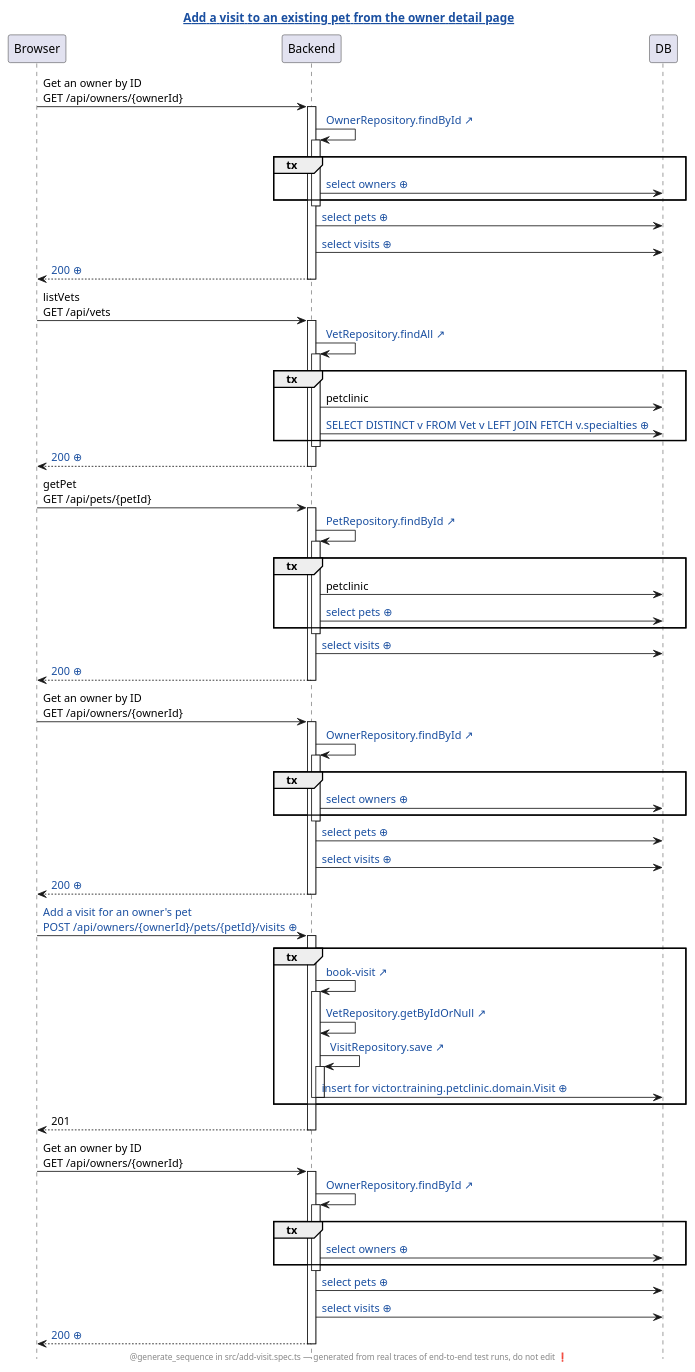
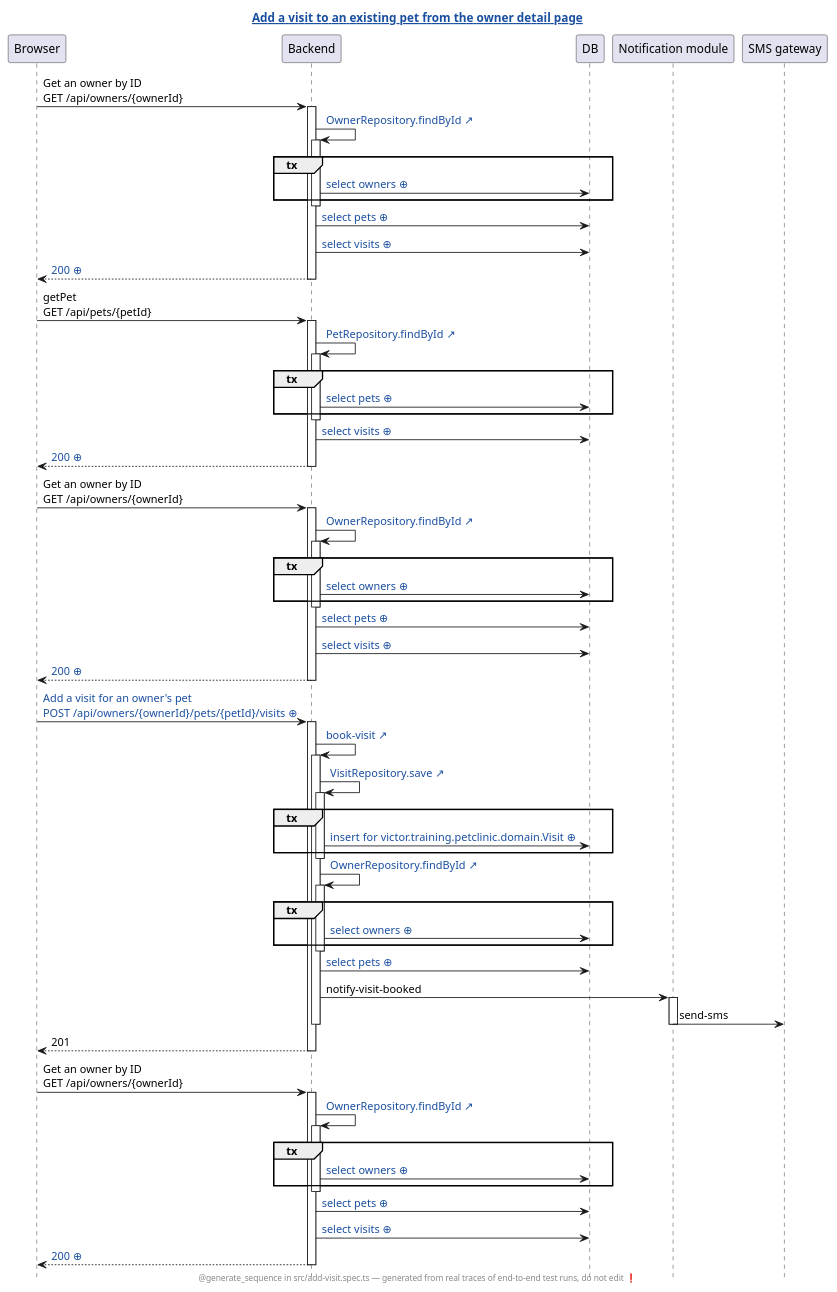
One commit to kashann/petclinic changed the diagram in petclinic-test/generated/add-visit.spec.ts.add-a-visit-to-an-existing-pet-from-the-owner-detail-page.genseq.puml. Above: the diagram before and after it, drawn with PlantUML. The commit also changed 14 other files, not shown here.

First line of the commit message:
Notification module, drawn as its own participant in the sequence diagrams

```diff
--- a/petclinic-test/generated/add-visit.spec.ts.add-a-visit-to-an-existing-pet-from-the-owner-detail-page.genseq.puml
+++ b/petclinic-test/generated/add-visit.spec.ts.add-a-visit-to-an-existing-pet-from-the-owner-detail-page.genseq.puml
@@ -1,84 +1,84 @@
 @startuml
 ' ⚠️  GENERATED FILE — DO NOT EDIT. Every edit is lost on the next run.
 hide footbox
 skinparam hyperlinkUnderline false
 skinparam hyperlinkColor #1A4FA0
-title [[src://petclinic-test/src/add-visit.spec.ts:35{Click to open the test} Add a visit to an existing pet from the owner detail page]]
+title [[src://petclinic-test/src/add-visit.spec.ts:31{Click to open the test} Add a visit to an existing pet from the owner detail page]]
 footer @generate_sequence in src/add-visit.spec.ts — generated from real traces of end-to-end test runs, do not edit ❗
 participant Browser
 participant Backend
 participant DB
+participant "Notification module"
+participant "SMS gateway"
 Browser -> Backend: Get an owner by ID\nGET /api/owners/{ownerId}
 activate Backend
 Backend -> Backend: [[src://petclinic-backend/src/main/java/victor/training/petclinic/repository/OwnerRepository.java:14{Click to open OwnerRepository.findById} OwnerRepository.findById ↗]]
 activate Backend
 group tx
-Backend -> DB: [[genseq://0totfe9{Click for the statement behind this call} select owners ⊕]]
+Backend -> DB: [[genseq://0x8aana{Click for the statement behind this call} select owners ⊕]]
 end
 deactivate Backend
-Backend -> DB: [[genseq://1hjadar{Click for the statement behind this call} select pets ⊕]]
-Backend -> DB: [[genseq://1bcshtp{Click for the statement behind this call} select visits ⊕]]
-Backend --> Browser: [[genseq://0ej9ixy{Click for this call’s JSON body} 200 ⊕]]
-deactivate Backend
-Browser -> Backend: listVets\nGET /api/vets
-activate Backend
-Backend -> Backend: [[src://petclinic-backend/src/main/java/victor/training/petclinic/repository/VetRepository.java:13{Click to open VetRepository.findAll} VetRepository.findAll ↗]]
-activate Backend
-group tx
-Backend -> DB: petclinic
-Backend -> DB: [[genseq://0p6yxbc{Click for the statement behind this call} SELECT DISTINCT v FROM Vet v LEFT JOIN FETCH v.specialties ⊕]]
-end
-deactivate Backend
-Backend --> Browser: [[genseq://1nmg2oo{Click for this call’s JSON body} 200 ⊕]]
+Backend -> DB: [[genseq://18567ho{Click for the statement behind this call} select pets ⊕]]
+Backend -> DB: [[genseq://13apewa{Click for the statement behind this call} select visits ⊕]]
+Backend --> Browser: [[genseq://0tvg3tn{Click for this call’s JSON body} 200 ⊕]]
 deactivate Backend
 Browser -> Backend: getPet\nGET /api/pets/{petId}
 activate Backend
 Backend -> Backend: [[src://petclinic-backend/src/main/java/victor/training/petclinic/repository/PetRepository.java:16{Click to open PetRepository.findById} PetRepository.findById ↗]]
 activate Backend
 group tx
-Backend -> DB: petclinic
-Backend -> DB: [[genseq://0jw0huv{Click for the statement behind this call} select pets ⊕]]
+Backend -> DB: [[genseq://0y7w2ps{Click for the statement behind this call} select pets ⊕]]
 end
 deactivate Backend
-Backend -> DB: [[genseq://1bcshtp{Click for the statement behind this call} select visits ⊕]]
-Backend --> Browser: [[genseq://042b6zc{Click for this call’s JSON body} 200 ⊕]]
+Backend -> DB: [[genseq://13apewa{Click for the statement behind this call} select visits ⊕]]
+Backend --> Browser: [[genseq://0ts0dcp{Click for this call’s JSON body} 200 ⊕]]
 deactivate Backend
 Browser -> Backend: Get an owner by ID\nGET /api/owners/{ownerId}
 activate Backend
 Backend -> Backend: [[src://petclinic-backend/src/main/java/victor/training/petclinic/repository/OwnerRepository.java:14{Click to open OwnerRepository.findById} OwnerRepository.findById ↗]]
 activate Backend
 group tx
-Backend -> DB: [[genseq://0totfe9{Click for the statement behind this call} select owners ⊕]]
+Backend -> DB: [[genseq://0x8aana{Click for the statement behind this call} select owners ⊕]]
 end
 deactivate Backend
-Backend -> DB: [[genseq://1hjadar{Click for the statement behind this call} select pets ⊕]]
-Backend -> DB: [[genseq://1bcshtp{Click for the statement behind this call} select visits ⊕]]
-Backend --> Browser: [[genseq://0ej9ixy{Click for this call’s JSON body} 200 ⊕]]
+Backend -> DB: [[genseq://18567ho{Click for the statement behind this call} select pets ⊕]]
+Backend -> DB: [[genseq://13apewa{Click for the statement behind this call} select visits ⊕]]
+Backend --> Browser: [[genseq://0tvg3tn{Click for this call’s JSON body} 200 ⊕]]
 deactivate Backend
-Browser -> Backend: [[genseq://0f2uid9{Click for this call’s JSON body} Add a visit for an owner's pet\nPOST /api/owners/{ownerId}/pets/{petId}/visits ⊕]]
+Browser -> Backend: [[genseq://0keywzn{Click for this call’s JSON body} Add a visit for an owner's pet\nPOST /api/owners/{ownerId}/pets/{petId}/visits ⊕]]
+activate Backend
+Backend -> Backend: [[src://petclinic-backend/src/main/java/victor/training/petclinic/rest/OwnerRestController.java:183{Click to open OwnerRestController.bookVisit} book-visit ↗]]
+activate Backend
+Backend -> Backend: [[src://petclinic-backend/src/main/java/victor/training/petclinic/repository/VisitRepository.java:14{Click to open VisitRepository.save} VisitRepository.save ↗]]
 activate Backend
 group tx
-Backend -> Backend: [[src://petclinic-backend/src/main/java/victor/training/petclinic/rest/OwnerRestController.java:193{Click to open OwnerRestController.bookVisit} book-visit ↗]]
+Backend -> DB: [[genseq://0tmot92{Click for the statement behind this call} insert for victor.training.petclinic.domain.Visit ⊕]]
+end
+deactivate Backend
+Backend -> Backend: [[src://petclinic-backend/src/main/java/victor/training/petclinic/repository/OwnerRepository.java:14{Click to open OwnerRepository.findById} OwnerRepository.findById ↗]]
 activate Backend
-Backend -> Backend: [[src://petclinic-backend/src/main/java/victor/training/petclinic/repository/VetRepository.java:29{Click to open VetRepository.getByIdOrNull} VetRepository.getByIdOrNull ↗]]
-Backend -> Backend: [[src://petclinic-backend/src/main/java/victor/training/petclinic/repository/VisitRepository.java:14{Click to open VisitRepository.save} VisitRepository.save ↗]]
-activate Backend
-Backend -> DB: [[genseq://0n8lru3{Click for the statement behind this call} insert for victor.training.petclinic.domain.Visit ⊕]]
+group tx
+Backend -> DB: [[genseq://0x8aana{Click for the statement behind this call} select owners ⊕]]
+end
 deactivate Backend
+Backend -> DB: [[genseq://18567ho{Click for the statement behind this call} select pets ⊕]]
+Backend -> "Notification module": notify-visit-booked
+activate "Notification module"
+"Notification module" -> "SMS gateway": send-sms
+deactivate "Notification module"
 deactivate Backend
-end
 Backend --> Browser: 201
 deactivate Backend
 Browser -> Backend: Get an owner by ID\nGET /api/owners/{ownerId}
 activate Backend
 Backend -> Backend: [[src://petclinic-backend/src/main/java/victor/training/petclinic/repository/OwnerRepository.java:14{Click to open OwnerRepository.findById} OwnerRepository.findById ↗]]
 activate Backend
 group tx
-Backend -> DB: [[genseq://0totfe9{Click for the statement behind this call} select owners ⊕]]
+Backend -> DB: [[genseq://0x8aana{Click for the statement behind this call} select owners ⊕]]
 end
 deactivate Backend
-Backend -> DB: [[genseq://1hjadar{Click for the statement behind this call} select pets ⊕]]
-Backend -> DB: [[genseq://1bcshtp{Click for the statement behind this call} select visits ⊕]]
-Backend --> Browser: [[genseq://162q2qc{Click for this call’s JSON body} 200 ⊕]]
+Backend -> DB: [[genseq://18567ho{Click for the statement behind this call} select pets ⊕]]
+Backend -> DB: [[genseq://13apewa{Click for the statement behind this call} select visits ⊕]]
+Backend --> Browser: [[genseq://0a11t7h{Click for this call’s JSON body} 200 ⊕]]
 deactivate Backend
 @enduml
```
